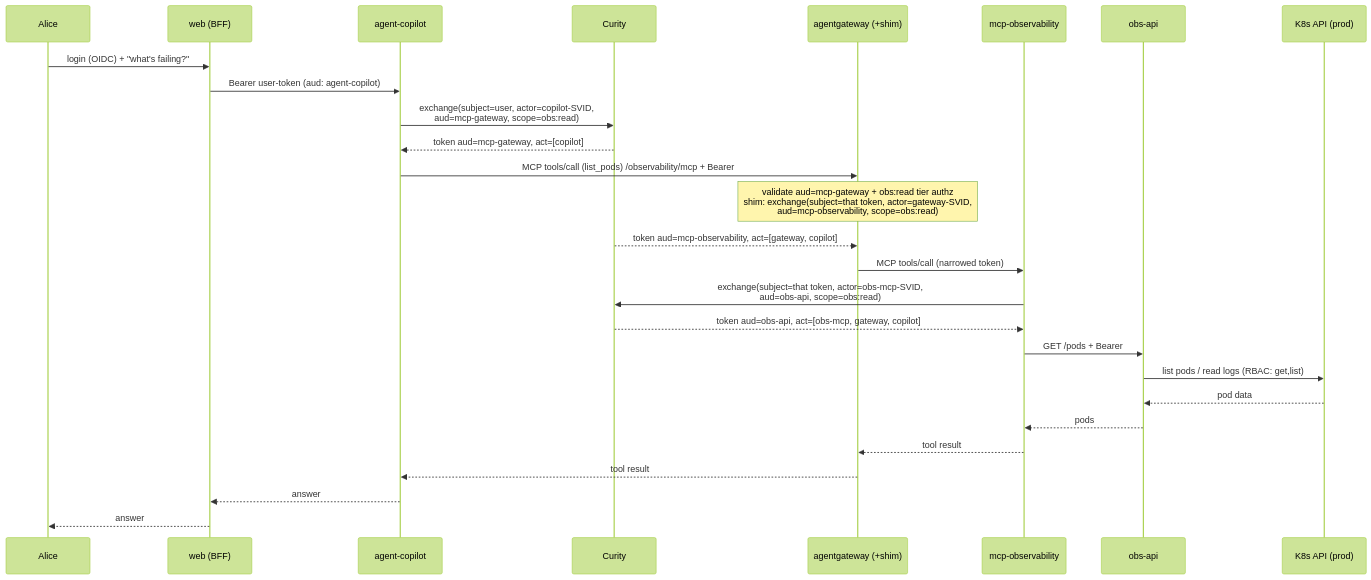
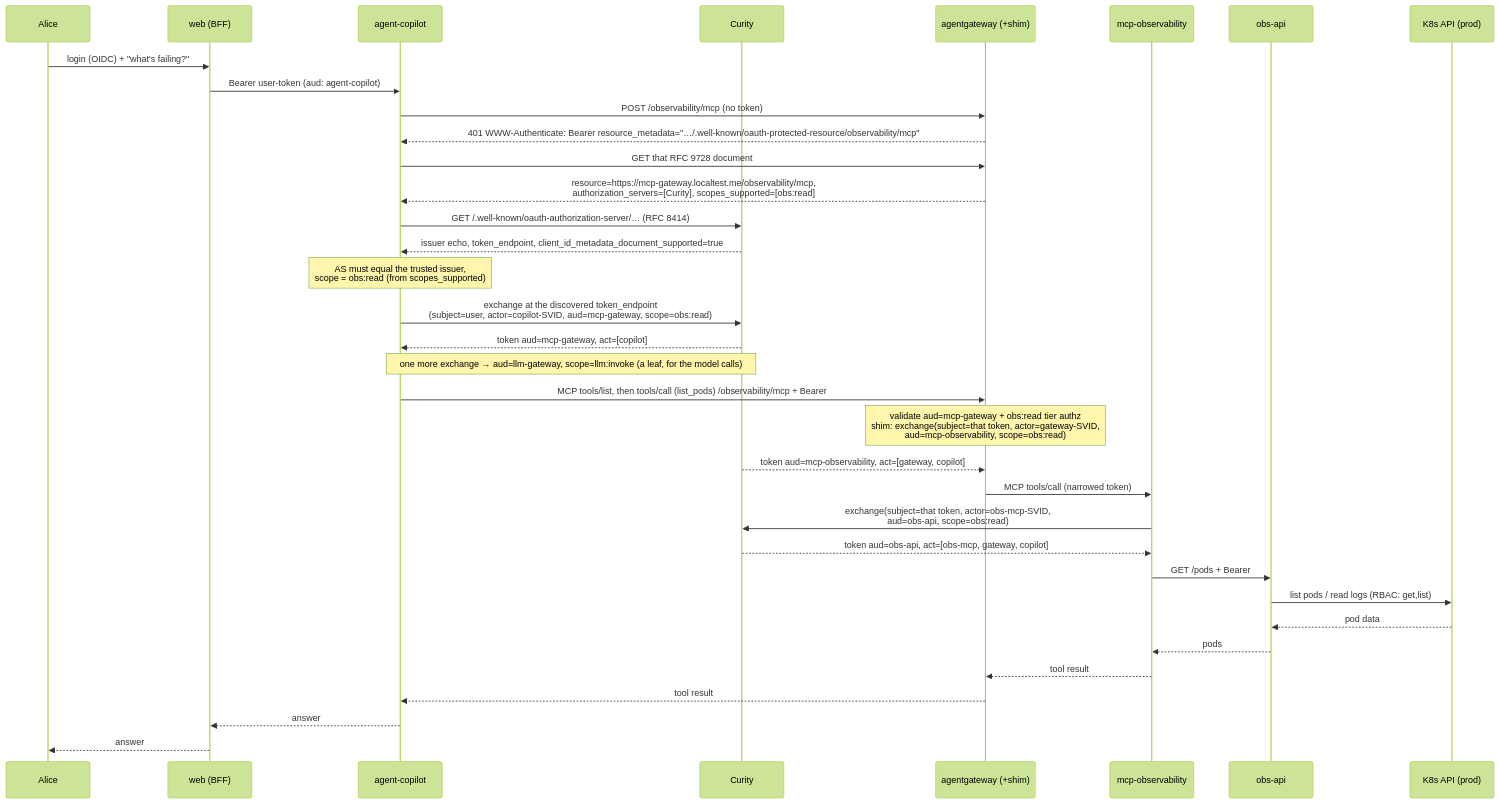
One commit to curityio/ai-agents-auth-demo changed the second of 4 diagrams in docs/architecture.md. Above: the diagram before and after it, drawn with Mermaid (forest theme). The commit also changed other lines of this file and 1 other file, not shown here.

````diff
--- a/docs/architecture.md
+++ b/docs/architecture.md
@@ -205,30 +222,38 @@
 ```mermaid
 sequenceDiagram
     participant U as Alice
     participant W as web (BFF)
     participant A1 as agent-copilot
     participant Cu as Curity
     participant GW as agentgateway (+shim)
     participant M1 as mcp-observability
     participant B1 as obs-api
     participant K as K8s API (prod)
 
     U->>W: login (OIDC) + "what's failing?"
     W->>A1: Bearer user-token (aud: agent-copilot)
-    A1->>Cu: exchange(subject=user, actor=copilot-SVID,<br/>aud=mcp-gateway, scope=obs:read)
+    A1->>GW: POST /observability/mcp (no token)
+    GW-->>A1: 401 WWW-Authenticate: Bearer resource_metadata="…/.well-known/oauth-protected-resource/observability/mcp"
+    A1->>GW: GET that RFC 9728 document
+    GW-->>A1: resource=https://mcp-gateway.localtest.me/observability/mcp,<br/>authorization_servers=[Curity], scopes_supported=[obs:read]
+    A1->>Cu: GET /.well-known/oauth-authorization-server/… (RFC 8414)
+    Cu-->>A1: issuer echo, token_endpoint, client_id_metadata_document_supported=true
+    Note over A1: AS must equal the trusted issuer,<br/>scope = obs:read (from scopes_supported)
+    A1->>Cu: exchange at the discovered token_endpoint<br/>(subject=user, actor=copilot-SVID, aud=mcp-gateway, scope=obs:read)
     Cu-->>A1: token aud=mcp-gateway, act=[copilot]
-    A1->>GW: MCP tools/call (list_pods) /observability/mcp + Bearer
+    Note over A1,Cu: one more exchange → aud=llm-gateway, scope=llm:invoke (a leaf, for the model calls)
+    A1->>GW: MCP tools/list, then tools/call (list_pods) /observability/mcp + Bearer
     Note over GW: validate aud=mcp-gateway + obs:read tier authz<br/>shim: exchange(subject=that token, actor=gateway-SVID,<br/>aud=mcp-observability, scope=obs:read)
     Cu-->>GW: token aud=mcp-observability, act=[gateway, copilot]
     GW->>M1: MCP tools/call (narrowed token)
     M1->>Cu: exchange(subject=that token, actor=obs-mcp-SVID,<br/>aud=obs-api, scope=obs:read)
     Cu-->>M1: token aud=obs-api, act=[obs-mcp, gateway, copilot]
     M1->>B1: GET /pods + Bearer
     B1->>K: list pods / read logs (RBAC: get,list)
     K-->>B1: pod data
     B1-->>M1: pods
     M1-->>GW: tool result
     GW-->>A1: tool result
     A1-->>W: answer
     W-->>U: answer
 ```
````
